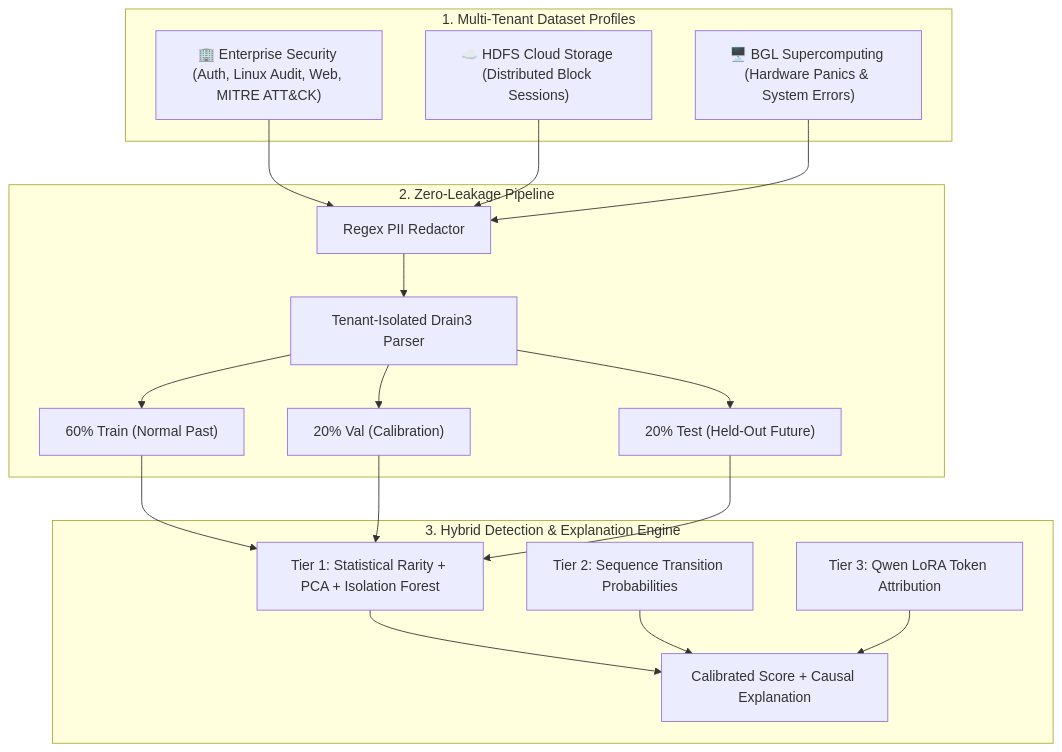
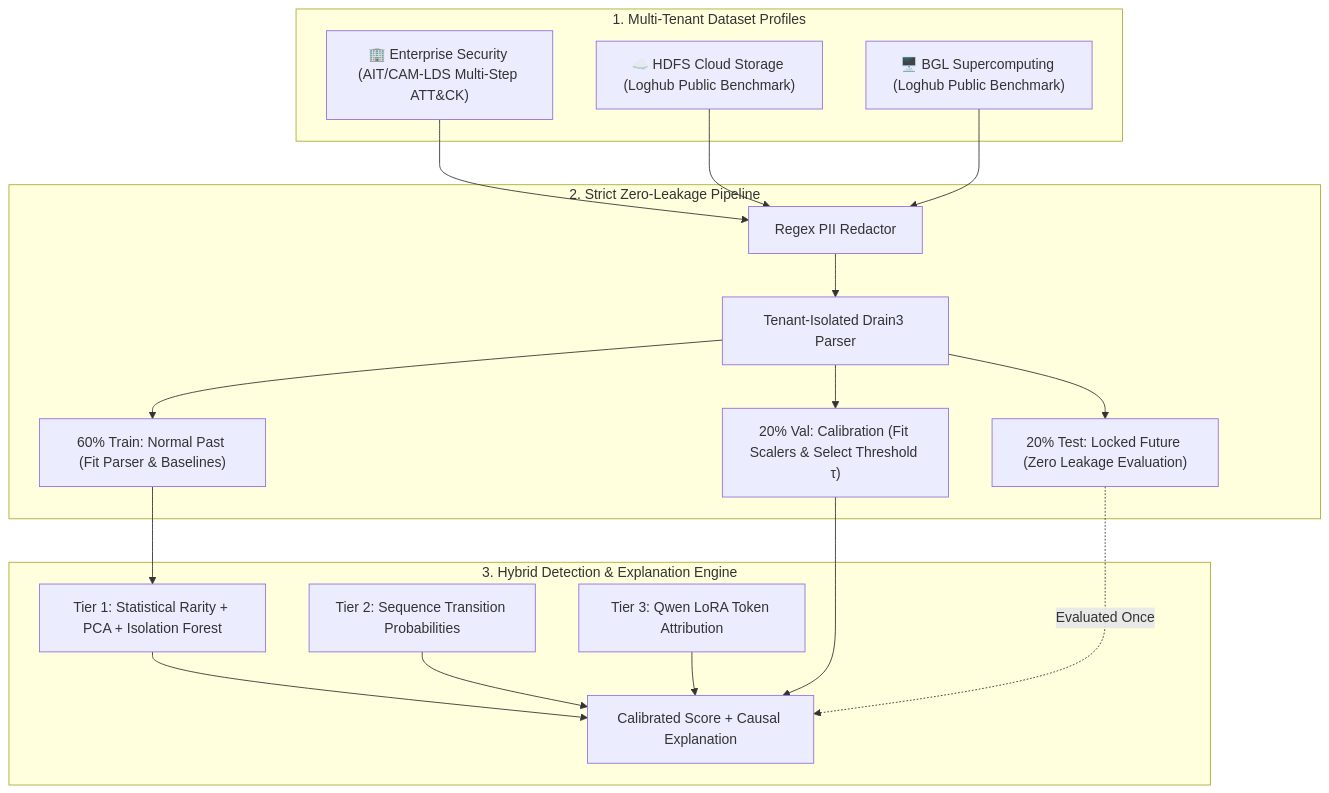
One commit to pylrn/logsentinel changed the diagram in docs/superpowers/specs/2026-08-26-logsentinel-model-proof-showcase-design.md. Above: the diagram before and after it, drawn with Mermaid. The commit also changed other lines of this file, not shown here.

Commit message:
docs(spec): refine showcase design with strict zero-leakage assertions and honest metrics

````diff
--- a/docs/superpowers/specs/2026-08-26-logsentinel-model-proof-showcase-design.md
+++ b/docs/superpowers/specs/2026-08-26-logsentinel-model-proof-showcase-design.md
@@ -18,25 +21,27 @@
 ```mermaid
 graph TD
     subgraph "1. Multi-Tenant Dataset Profiles"
-        D1["🏢 Enterprise Security (Auth, Linux Audit, Web, MITRE ATT&CK)"]
-        D2["☁️ HDFS Cloud Storage (Distributed Block Sessions)"]
-        D3["🖥️ BGL Supercomputing (Hardware Panics & System Errors)"]
+        D1["🏢 Enterprise Security (AIT/CAM-LDS Multi-Step ATT&CK)"]
+        D2["☁️ HDFS Cloud Storage (Loghub Public Benchmark)"]
+        D3["🖥️ BGL Supercomputing (Loghub Public Benchmark)"]
     end
     
-    subgraph "2. Zero-Leakage Pipeline"
+    subgraph "2. Strict Zero-Leakage Pipeline"
         P1["Regex PII Redactor"] --> P2["Tenant-Isolated Drain3 Parser"]
-        P2 --> P3["60% Train (Normal Past)"]
-        P2 --> P4["20% Val (Calibration)"]
-        P2 --> P5["20% Test (Held-Out Future)"]
+        P2 --> P3["60% Train: Normal Past (Fit Parser & Baselines)"]
+        P2 --> P4["20% Val: Calibration (Fit Scalers & Select Threshold τ)"]
+        P2 --> P5["20% Test: Locked Future (Zero Leakage Evaluation)"]
     end
     
     subgraph "3. Hybrid Detection & Explanation Engine"
         M1["Tier 1: Statistical Rarity + PCA + Isolation Forest"]
         M2["Tier 2: Sequence Transition Probabilities"]
         M3["Tier 3: Qwen LoRA Token Attribution"]
         M1 & M2 & M3 --> M4["Calibrated Score + Causal Explanation"]
     end
     
     D1 & D2 & D3 --> P1
-    P3 & P4 & P5 --> M1
+    P3 --> M1
+    P4 --> M4
+    P5 -.->|Evaluated Once| M4
 ```
````
